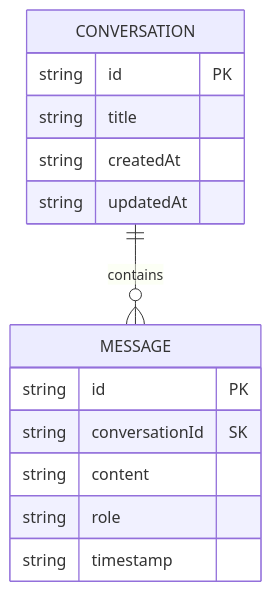
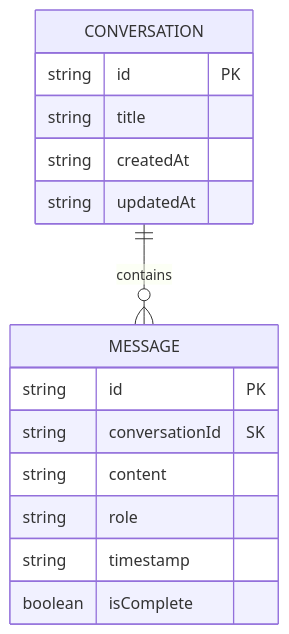
One commit to aws-samples/sample-aws-appsync-bedrock-chatbot-terraform changed the third of 4 diagrams in architecture-diagram.md. Above: the diagram before and after it, drawn with Mermaid. The commit also changed other lines of this file and 1 other file, not shown here.

First line of the commit message:
docs: add technical implementation details and fix architecture diagrams

````diff
--- a/architecture-diagram.md
+++ b/architecture-diagram.md
@@ -67,17 +94,18 @@
 ```mermaid
 erDiagram
     CONVERSATION {
         string id "PK"
         string title
         string createdAt
         string updatedAt
     }
     MESSAGE {
         string id "PK"
         string conversationId "SK"
         string content
         string role
         string timestamp
+        boolean isComplete
     }
     CONVERSATION ||--o{ MESSAGE : contains
 ```
````
